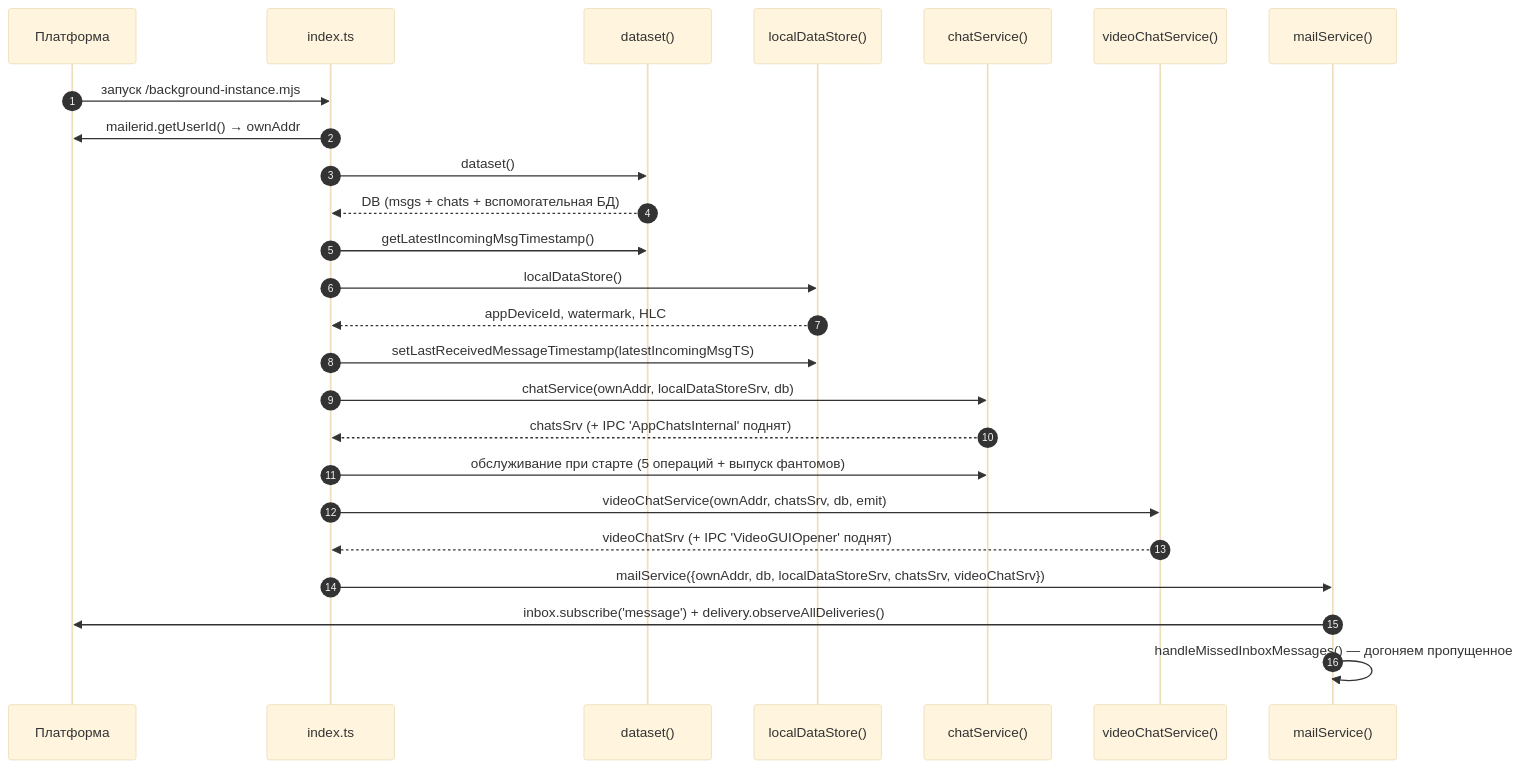
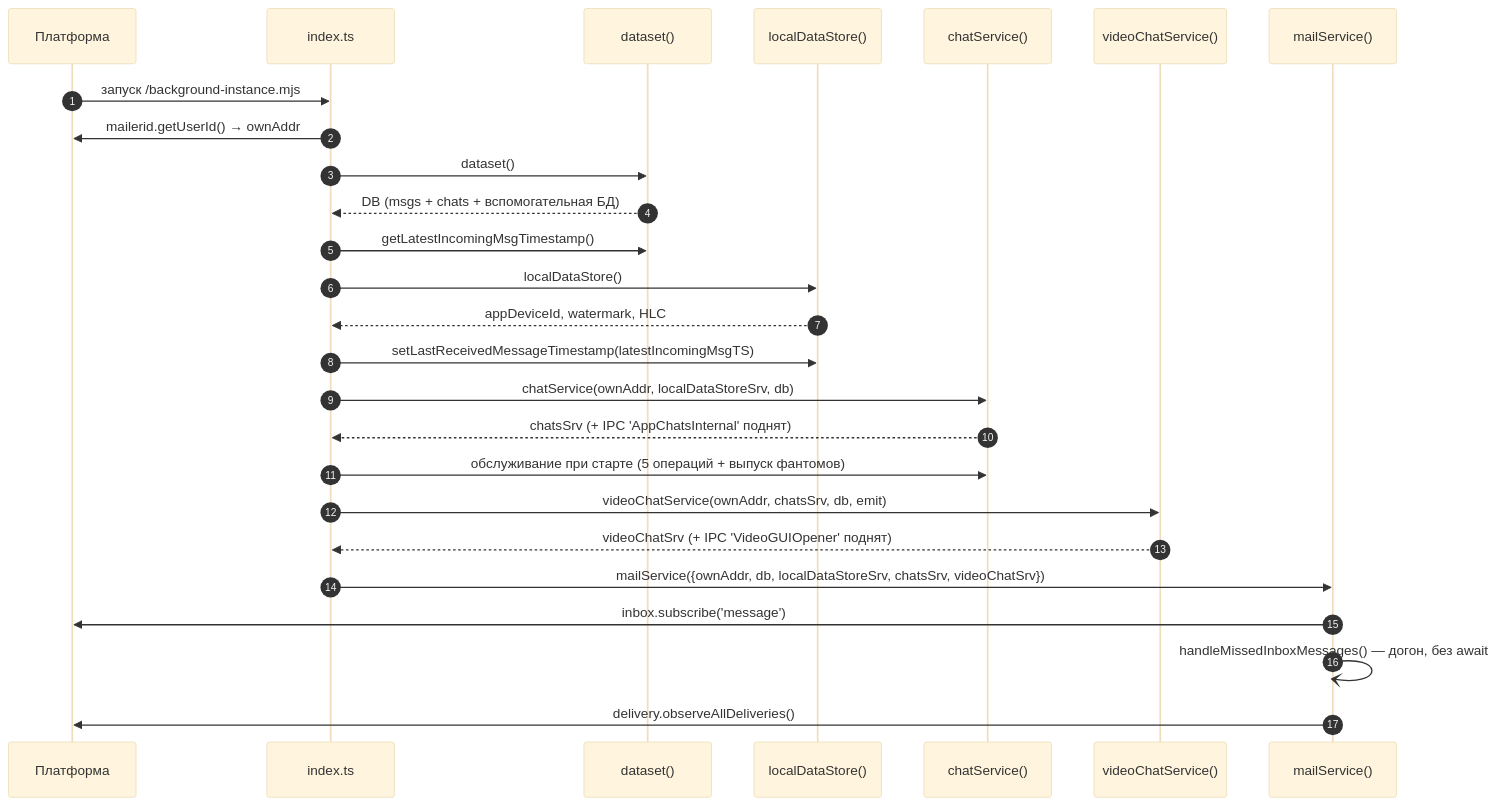
Before and after one commit to PrivacySafe/chat.app.privacysafe.io: the first of 2 diagrams in doc/01-components-and-ipc.md, drawn with Mermaid (base theme). The commit also changed other lines of this file and 40 other files, not shown here.

````diff
--- a/doc/01-components-and-ipc.md
+++ b/doc/01-components-and-ipc.md
@@ -92,28 +92,29 @@
 ```mermaid
 sequenceDiagram
     autonumber
     participant P as Платформа
     participant I as index.ts
     participant DS as dataset()
     participant LDS as localDataStore()
     participant CS as chatService()
     participant VS as videoChatService()
     participant MS as mailService()
 
     P->>I: запуск /background-instance.mjs
     I->>P: mailerid.getUserId() → ownAddr
     I->>DS: dataset()
     DS-->>I: DB (msgs + chats + вспомогательная БД)
     I->>DS: getLatestIncomingMsgTimestamp()
     I->>LDS: localDataStore()
     LDS-->>I: appDeviceId, watermark, HLC
     I->>LDS: setLastReceivedMessageTimestamp(latestIncomingMsgTS)
     I->>CS: chatService(ownAddr, localDataStoreSrv, db)
     CS-->>I: chatsSrv (+ IPC 'AppChatsInternal' поднят)
     I->>CS: обслуживание при старте (5 операций + выпуск фантомов)
     I->>VS: videoChatService(ownAddr, chatsSrv, db, emit)
     VS-->>I: videoChatSrv (+ IPC 'VideoGUIOpener' поднят)
     I->>MS: mailService({ownAddr, db, localDataStoreSrv, chatsSrv, videoChatSrv})
-    MS->>P: inbox.subscribe('message') + delivery.observeAllDeliveries()
-    MS->>MS: handleMissedInboxMessages() — догоняем пропущенное
+    MS->>P: inbox.subscribe('message')
+    MS-)MS: handleMissedInboxMessages() — догон, без await
+    MS->>P: delivery.observeAllDeliveries()
 ```
````
